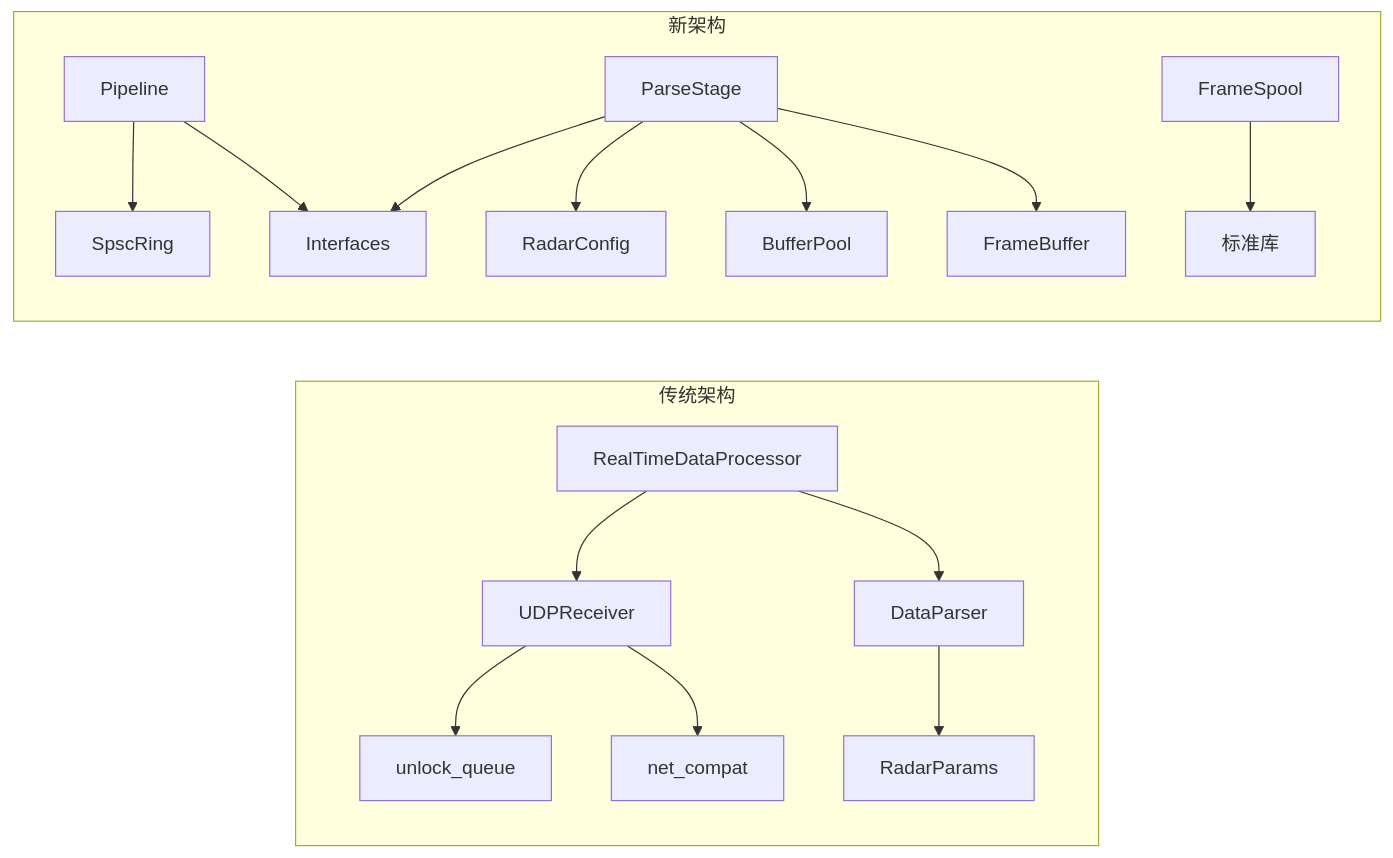
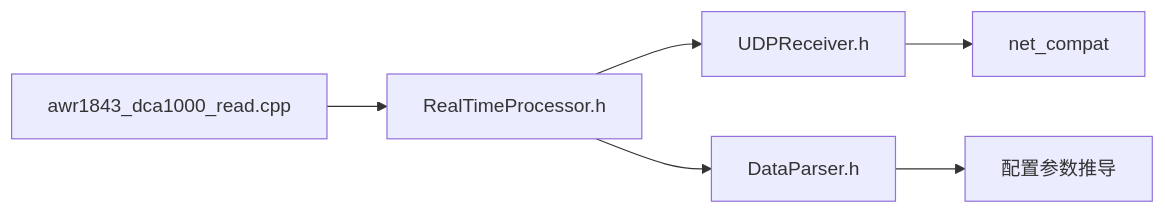
One commit to Lukad77/awr1843-radar-toolkit changed the seventh of 7 diagrams in .qoder/repowiki/zh/content/实时处理流水线与数据流.md. Above: the diagram before and after it, drawn with Mermaid. The commit also changed other lines of this file and 106 other files, not shown here.

````diff
--- a/.qoder/repowiki/zh/content/实时处理流水线与数据流.md
+++ b/.qoder/repowiki/zh/content/实时处理流水线与数据流.md
@@ -397,19 +251,8 @@
 ```mermaid
 graph LR
-subgraph "传统架构"
-RTP["RealTimeDataProcessor"] --> UDR["UDPReceiver"]
-RTP --> DP["DataParser"]
-UDR --> NQ["unlock_queue"]
-UDR --> NC["net_compat"]
-DP --> RP["RadarParams"]
-end
-subgraph "新架构"
-PL["Pipeline"] --> SR["SpscRing"]
-PL --> IF["Interfaces"]
-PS["ParseStage"] --> RC["RadarConfig"]
-PS --> BP["BufferPool"]
-PS --> FB["FrameBuffer"]
-PS --> IF
-FS["FrameSpool"] --> STD["标准库"]
-end
+Main["awr1843_dca1000_read.cpp"] --> RTP["RealTimeProcessor.h"]
+RTP --> UDR["UDPReceiver.h"]
+RTP --> DP["DataParser.h"]
+UDR --> Net["net_compat"]
+DP --> CFG["配置参数推导"]
 ```
````
